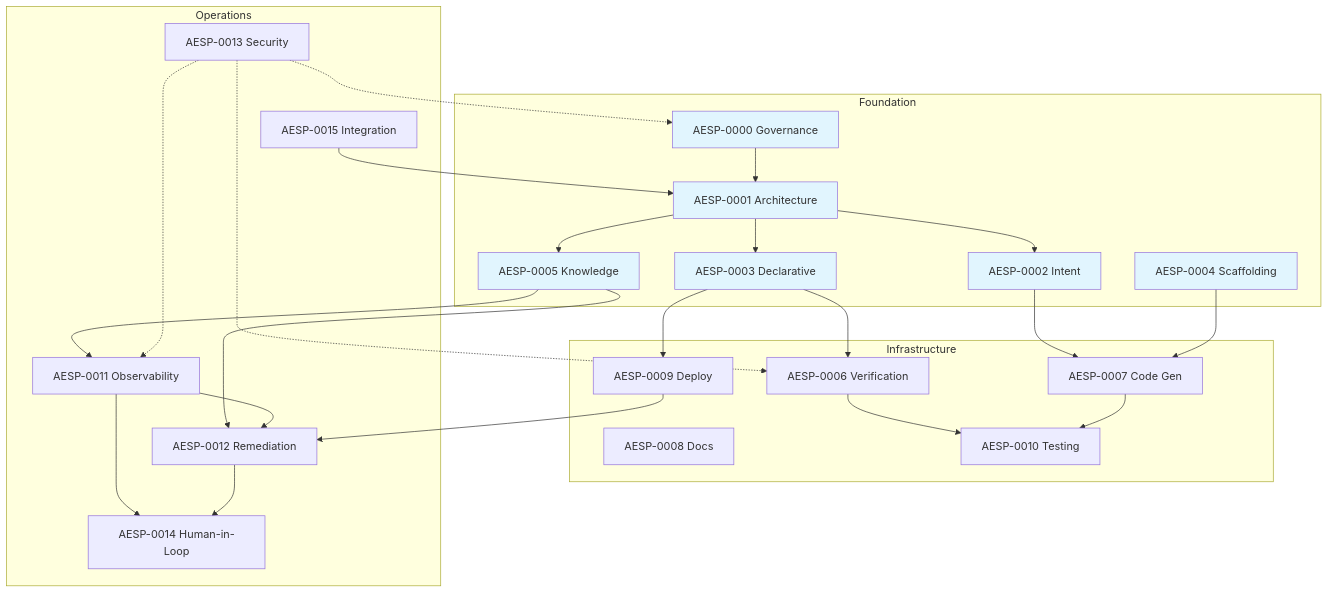
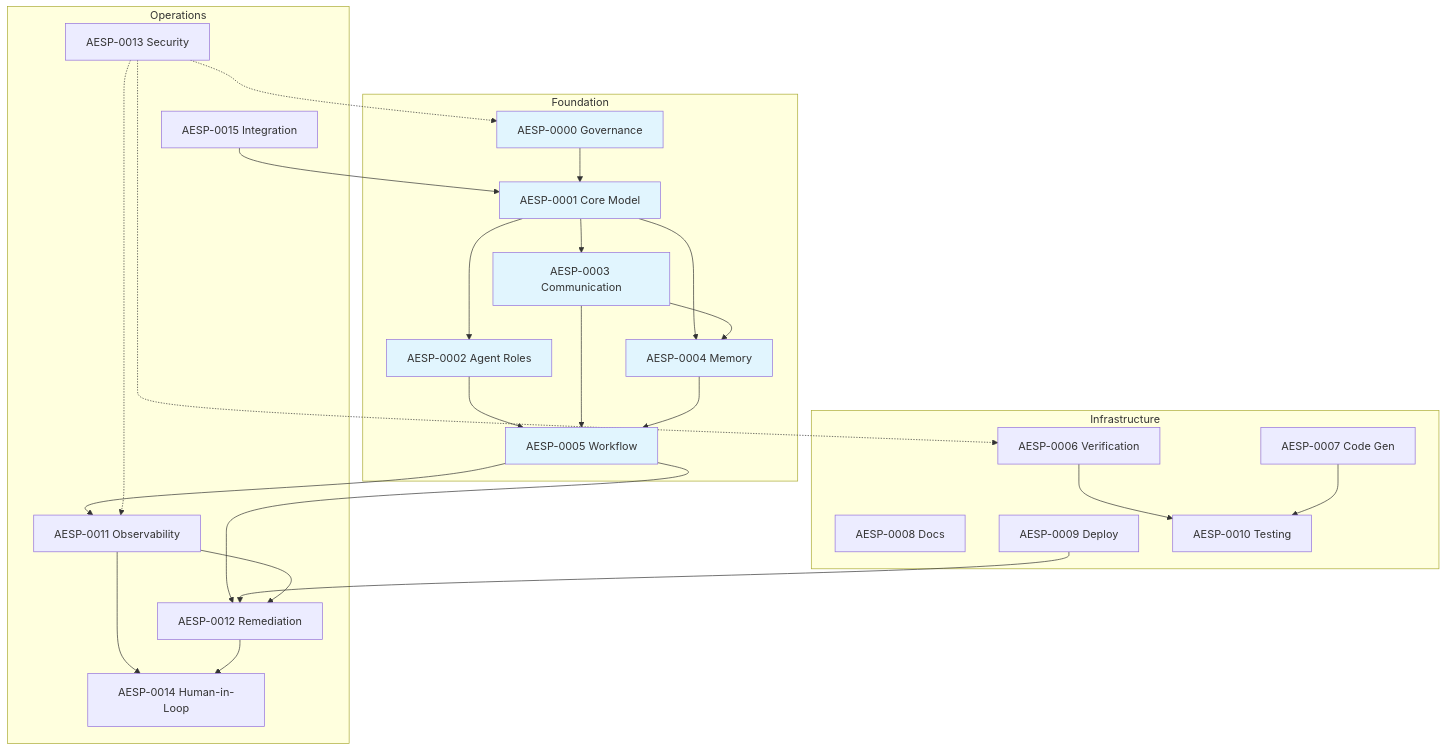
The diagram in specification/README.md (kishoreHQ/AESP), drawn with Mermaid before and after one commit. The commit also changed other lines of this file and 6 other files, not shown here.

First line of the commit message:
AESP-0004: Memory Systems specification (v0.6.0)

````diff
--- a/specification/README.md
+++ b/specification/README.md
@@ -57,57 +58,57 @@
 ```mermaid
 graph TD
     subgraph Foundation
         A0000[AESP-0000 Governance]
-        A0001[AESP-0001 Architecture]
-        A0002[AESP-0002 Intent]
-        A0003[AESP-0003 Declarative]
-        A0004[AESP-0004 Scaffolding]
-        A0005[AESP-0005 Knowledge]
+        A0001[AESP-0001 Core Model]
+        A0002[AESP-0002 Agent Roles]
+        A0003[AESP-0003 Communication]
+        A0004[AESP-0004 Memory]
+        A0005[AESP-0005 Workflow]
     end
 
     subgraph Infrastructure
         A0006[AESP-0006 Verification]
         A0007[AESP-0007 Code Gen]
         A0008[AESP-0008 Docs]
         A0009[AESP-0009 Deploy]
         A0010[AESP-0010 Testing]
     end
 
     subgraph Operations
         A0011[AESP-0011 Observability]
         A0012[AESP-0012 Remediation]
         A0013[AESP-0013 Security]
         A0014[AESP-0014 Human-in-Loop]
         A0015[AESP-0015 Integration]
     end
 
     A0000 --> A0001
     A0001 --> A0002
     A0001 --> A0003
-    A0001 --> A0005
-    A0002 --> A0007
-    A0003 --> A0006
-    A0003 --> A0009
-    A0004 --> A0007
+    A0001 --> A0004
+    A0002 --> A0005
+    A0003 --> A0004
+    A0003 --> A0005
+    A0004 --> A0005
     A0005 --> A0011
     A0005 --> A0012
 
     A0006 --> A0010
     A0007 --> A0010
     A0009 --> A0012
 
     A0011 --> A0012
     A0011 --> A0014
     A0012 --> A0014
     A0013 -.-> A0000
     A0013 -.-> A0006
     A0013 -.-> A0011
     A0015 --> A0001
 
     style A0000 fill:#e1f5fe
     style A0001 fill:#e1f5fe
     style A0002 fill:#e1f5fe
     style A0003 fill:#e1f5fe
     style A0004 fill:#e1f5fe
     style A0005 fill:#e1f5fe
 ```
````
